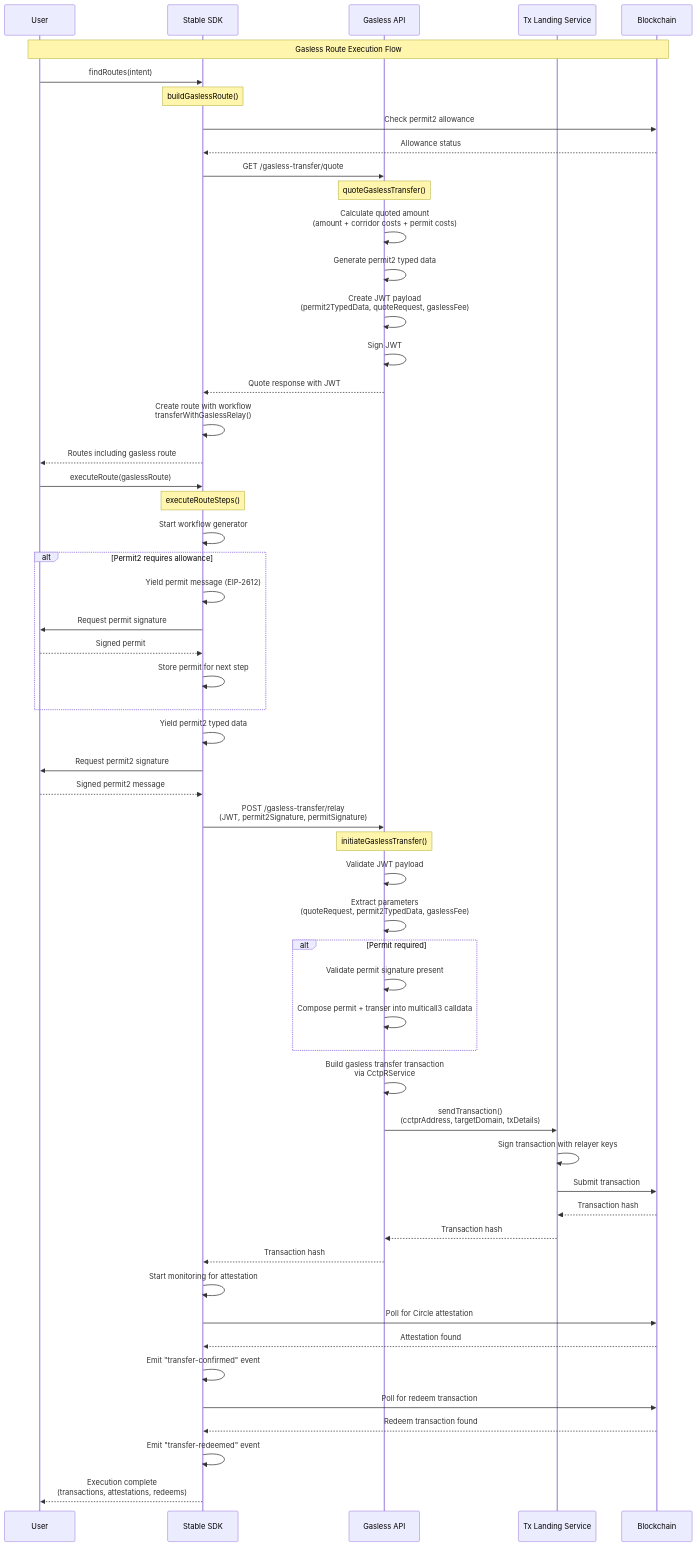
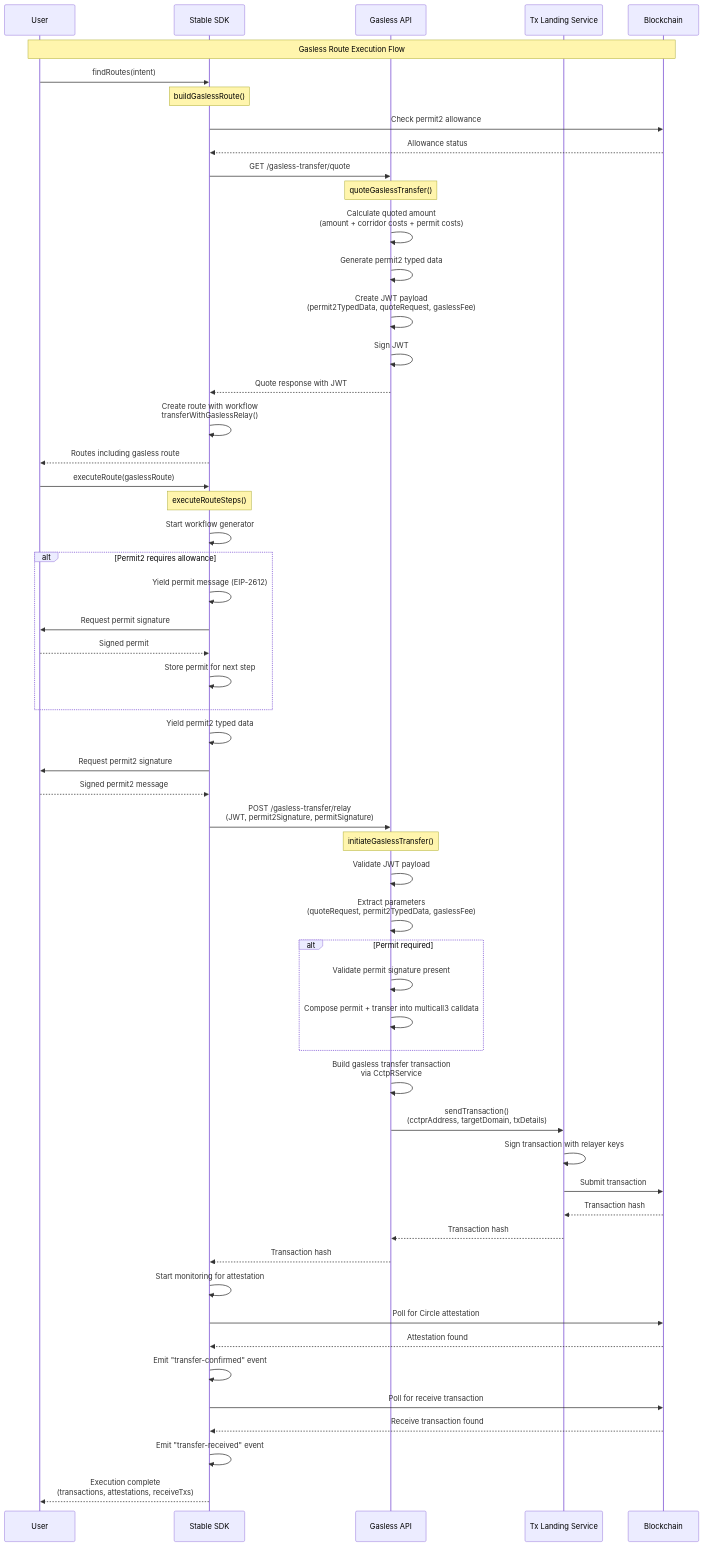
Before and after one commit to stable-io/stable: the diagram in docs/gasless-route-execution.md, drawn with Mermaid. The commit also changed 12 other files, not shown here.

````diff
--- a/docs/gasless-route-execution.md
+++ b/docs/gasless-route-execution.md
@@ -104,9 +104,9 @@
     Blockchain-->>SDK: Attestation found
     SDK->>SDK: Emit "transfer-confirmed" event
     
-    SDK->>Blockchain: Poll for redeem transaction
-    Blockchain-->>SDK: Redeem transaction found
-    SDK->>SDK: Emit "transfer-redeemed" event
+    SDK->>Blockchain: Poll for receive transaction
+    Blockchain-->>SDK: Receive transaction found
+    SDK->>SDK: Emit "transfer-received" event
     
-    SDK-->>User: Execution complete<br/>(transactions, attestations, redeems)
+    SDK-->>User: Execution complete<br/>(transactions, attestations, receiveTxs)
 ```
````
